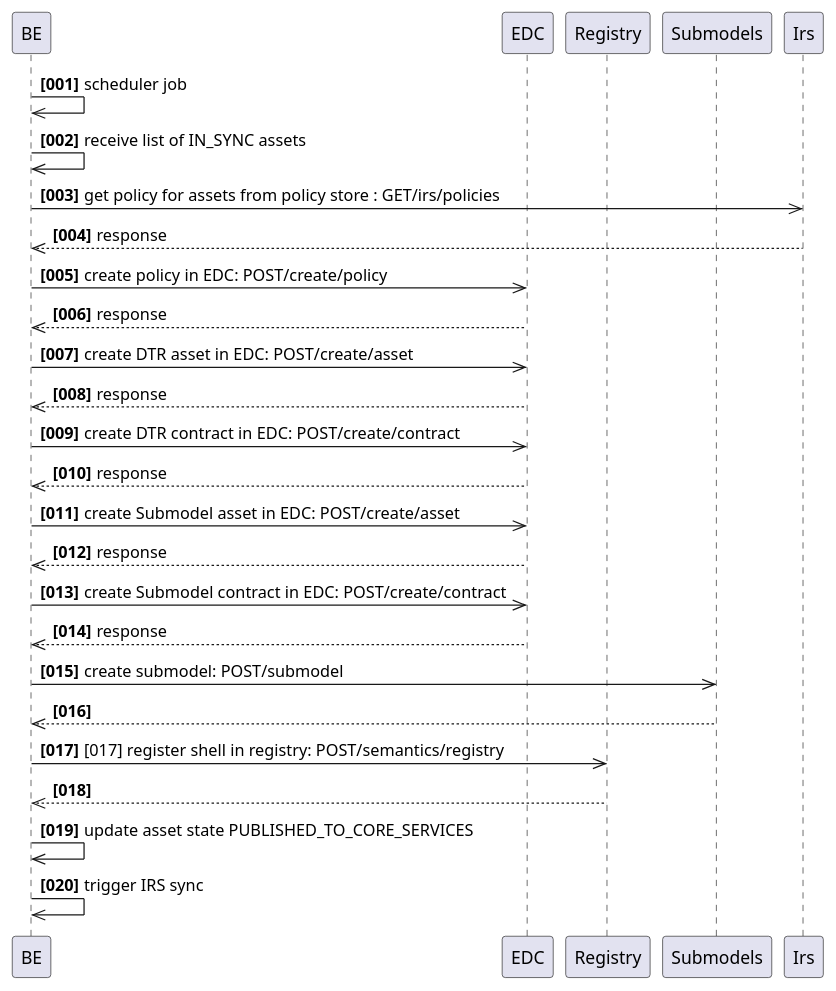
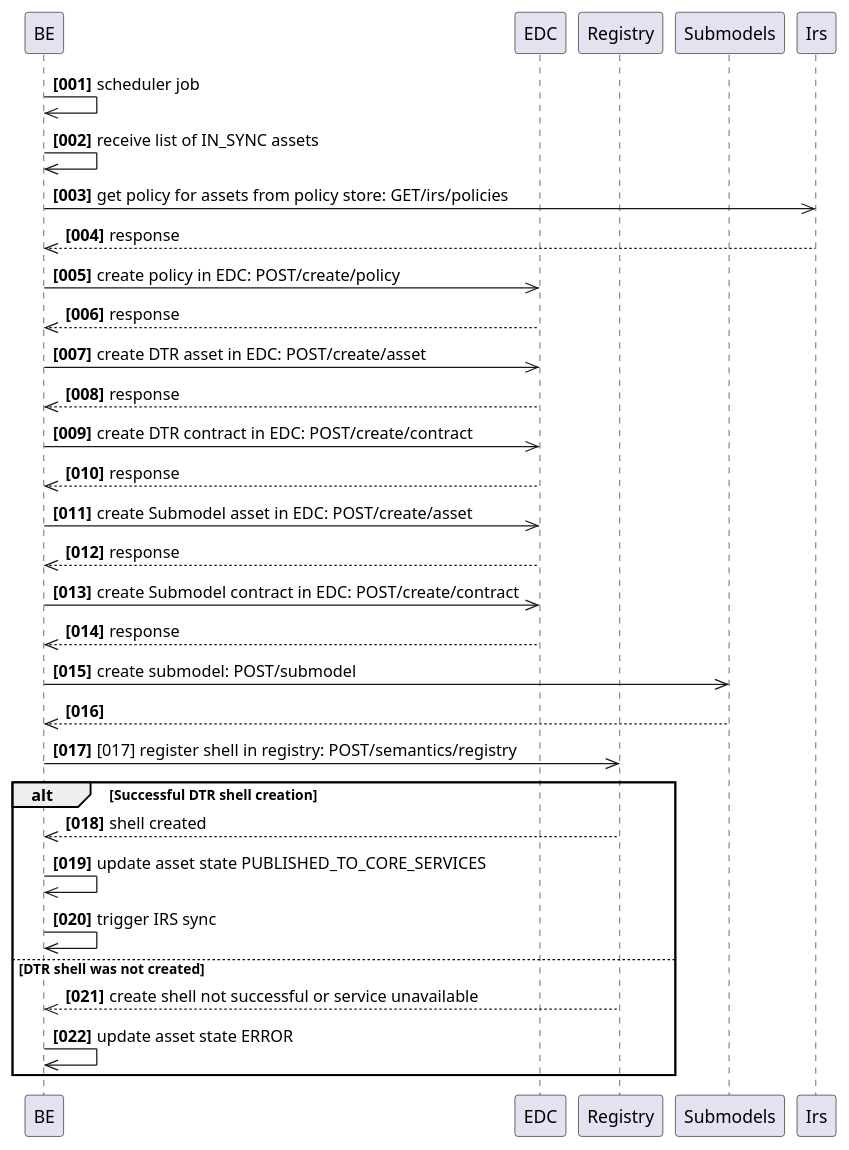
One commit to eclipse-tractusx/traceability-foss changed the diagram in docs/src/uml-diagrams/arc42/runtime-view/data-provisioning/trace-x-data-import-interface-modul3-sequence.puml. Above: the diagram before and after it, drawn with PlantUML. The commit also changed 6 other files, not shown here.

```diff
--- a/docs/src/uml-diagrams/arc42/runtime-view/data-provisioning/trace-x-data-import-interface-modul3-sequence.puml
+++ b/docs/src/uml-diagrams/arc42/runtime-view/data-provisioning/trace-x-data-import-interface-modul3-sequence.puml
@@ -1,29 +1,34 @@
 @startuml
 participant BE
 participant EDC
 participant Registry
 participant Submodels
 participant Irs
 autonumber "<b>[000]"
 
 BE ->> BE: scheduler job
 BE ->> BE: receive list of IN_SYNC assets
-BE ->> Irs: get policy for assets from policy store : GET/irs/policies
+BE ->> Irs: get policy for assets from policy store: GET/irs/policies
 Irs -->> BE: response
 BE ->> EDC: create policy in EDC: POST/create/policy
 EDC -->> BE: response
 BE ->> EDC: create DTR asset in EDC: POST/create/asset
 EDC -->> BE: response
 BE ->> EDC: create DTR contract in EDC: POST/create/contract
 EDC -->> BE: response
 BE ->> EDC: create Submodel asset in EDC: POST/create/asset
 EDC -->> BE: response
 BE ->> EDC: create Submodel contract in EDC: POST/create/contract
 EDC -->> BE: response
 BE ->> Submodels: create submodel: POST/submodel
 Submodels -->> BE:
 BE ->> Registry: [017] register shell in registry: POST/semantics/registry
-Registry -->> BE:
+alt Successful DTR shell creation
+Registry -->> BE: shell created
 BE ->> BE: update asset state PUBLISHED_TO_CORE_SERVICES
 BE ->> BE: trigger IRS sync
+else DTR shell was not created
+Registry -->> BE: create shell not successful or service unavailable
+BE ->> BE: update asset state ERROR
+end
 @enduml
```
